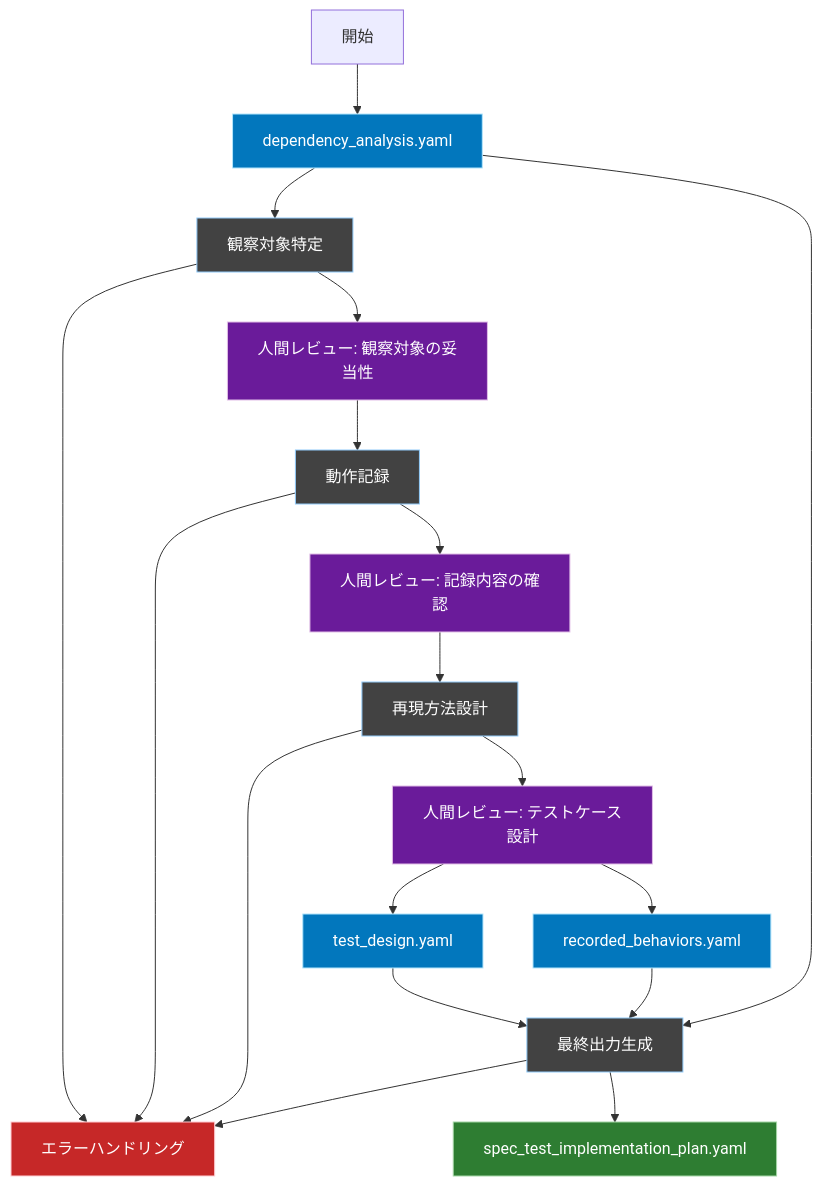
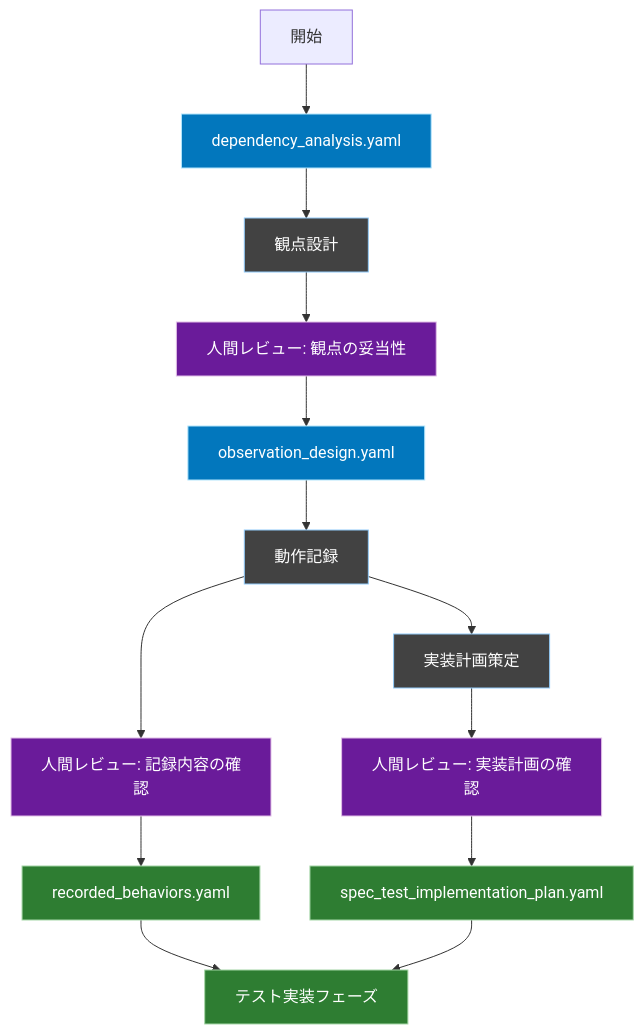
The first of 2 diagrams in FLOW/WORKFLOW_SPEC_TEST_PLAN.md (ryosuke911/WORKFLOW_SPEC_TEST), drawn with Mermaid before and after one commit. The commit also changed other lines of this file and 1 other file, not shown here.

````diff
--- a/FLOW/WORKFLOW_SPEC_TEST_PLAN.md
+++ b/FLOW/WORKFLOW_SPEC_TEST_PLAN.md
@@ -7,33 +7,25 @@
 ```mermaid
 graph TD
     %% スタイル定義
     classDef file fill:#0277bd,stroke:#b3e5fc,color:#fff
     classDef process fill:#424242,stroke:#90caf9,color:#fff
     classDef output fill:#2e7d32,stroke:#a5d6a7,color:#fff
     classDef error fill:#c62828,stroke:#ffcdd2,color:#fff
     classDef review fill:#6a1b9a,stroke:#e1bee7,color:#fff
 
     Input[dependency_analysis.yaml]:::file
     
     Start[開始] --> Input
-    Input --> Phase1[観察対象特定]:::process
-    Phase1 --> Review1[人間レビュー: 観察対象の妥当性]:::review
-    Review1 --> Phase2[動作記録]:::process
+    Input --> Phase1[観点設計]:::process
+    Phase1 --> Review1[人間レビュー: 観点の妥当性]:::review
+    Review1 --> OD[observation_design.yaml]:::file
+    OD --> Phase2[動作記録]:::process
     Phase2 --> Review2[人間レビュー: 記録内容の確認]:::review
-    Review2 --> Phase3[再現方法設計]:::process
-    Phase3 --> Review3[人間レビュー: テストケース設計]:::review
-    Review3 --> TD[test_design.yaml]:::file
-    Review3 --> RB[recorded_behaviors.yaml]:::file
+    Review2 --> RB[recorded_behaviors.yaml]:::output
+    Phase2 --> Phase3[実装計画策定]:::process
+    Phase3 --> Review3[人間レビュー: 実装計画の確認]:::review
+    Review3 --> IP[spec_test_implementation_plan.yaml]:::output
     
-    TD --> Phase4[最終出力生成]:::process
-    RB --> Phase4
-    Input --> Phase4
-    
-    Error[エラーハンドリング]:::error
-    Phase1 --> Error
-    Phase2 --> Error
-    Phase3 --> Error
-    Phase4 --> Error
-    
-    Phase4 --> IP[spec_test_implementation_plan.yaml]:::output
+    RB --> Implementation[テスト実装フェーズ]:::output
+    IP --> Implementation
 ```
````
